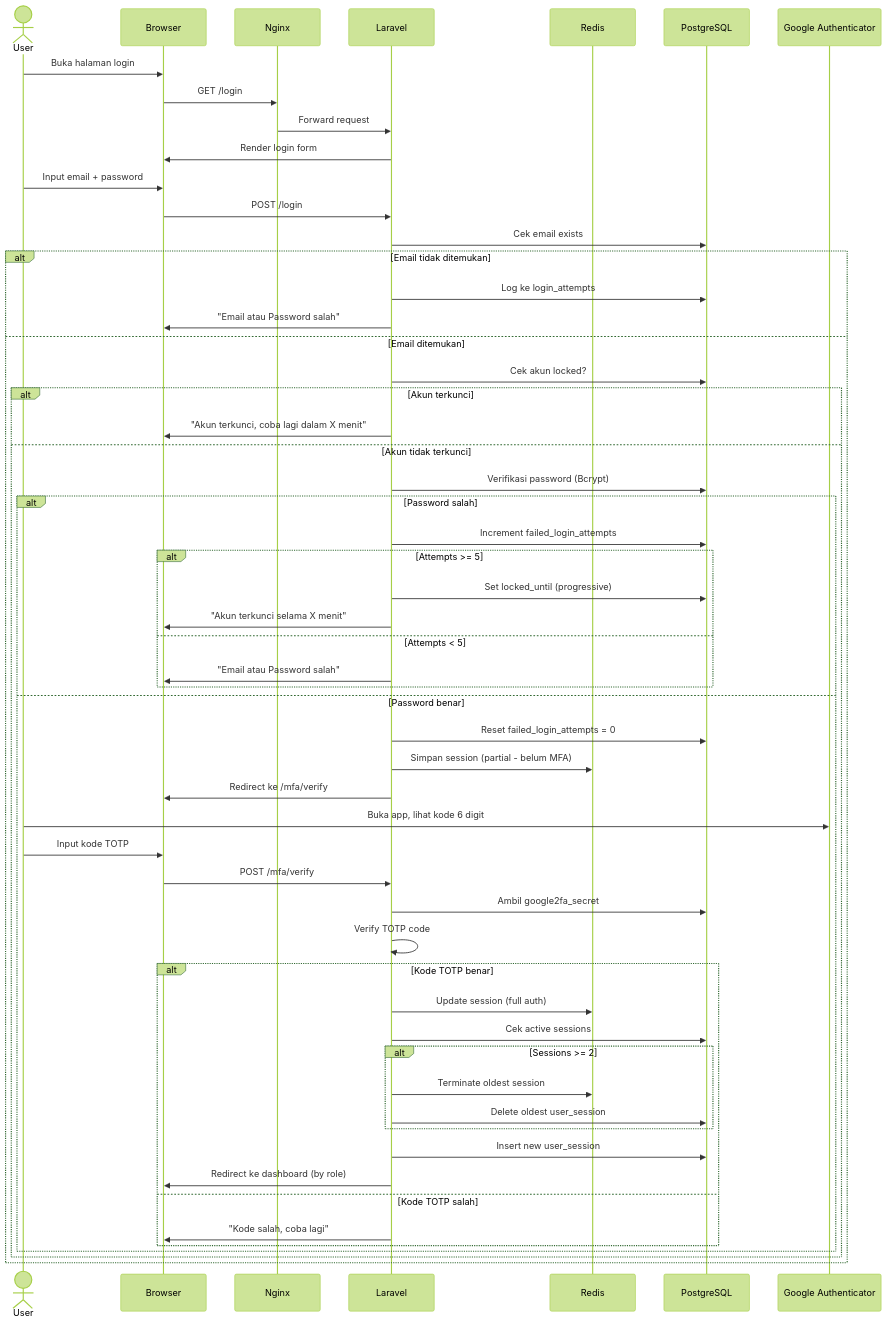
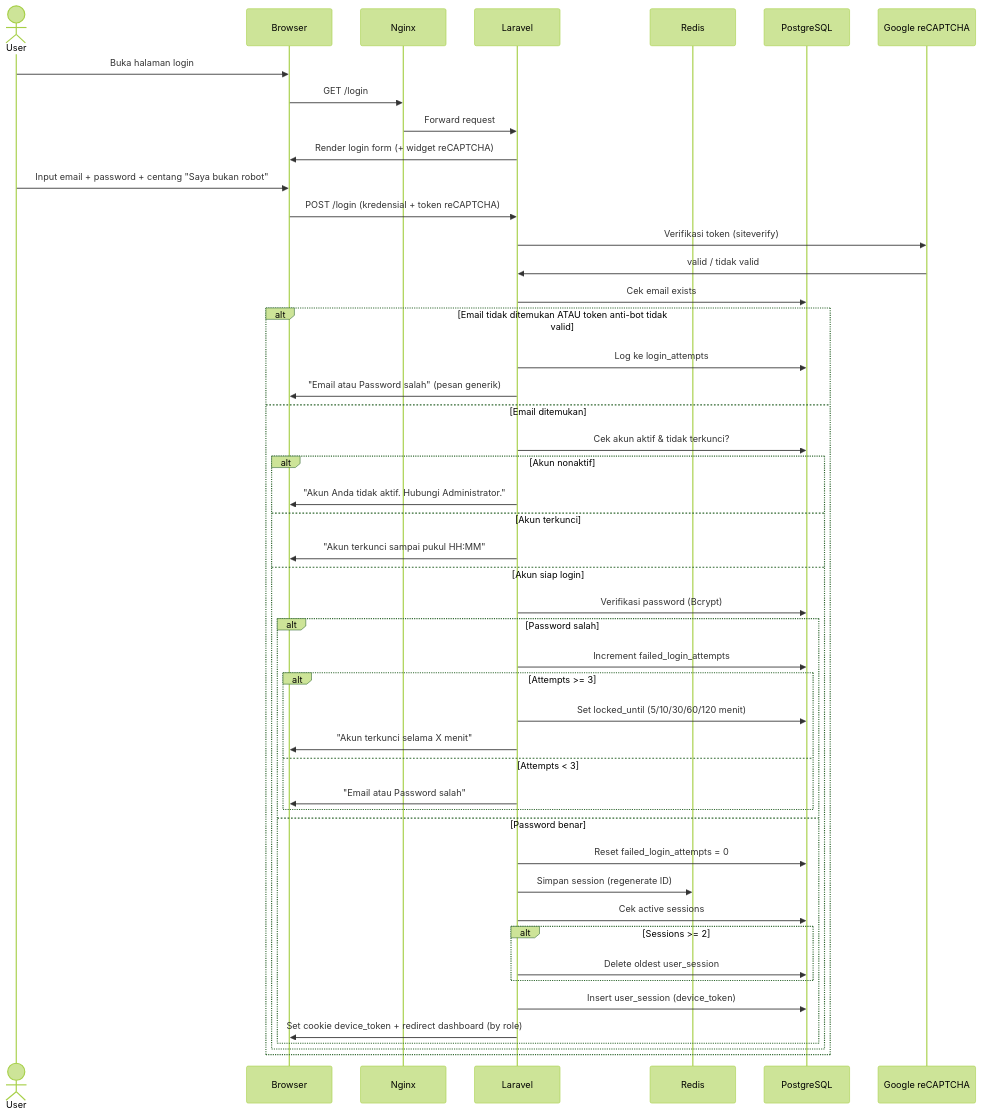
One commit to alfianmutaqin/berger-wms changed the fourth of 7 diagrams in docs/3_system_architecture.md. Above: the diagram before and after it, drawn with Mermaid (forest theme). The commit also changed other lines of this file and 12 other files, not shown here.

First line of the commit message:
chore(auth): remove all MFA/TOTP remnants after PRD v1.2

````diff
--- a/docs/3_system_architecture.md
+++ b/docs/3_system_architecture.md
@@ -244,63 +244,53 @@
 ```mermaid
 sequenceDiagram
     actor User
     participant Browser
     participant Nginx
     participant Laravel
     participant Redis
     participant PostgreSQL
-    participant GA as Google Authenticator
+    participant ReCAPTCHA as Google reCAPTCHA
 
     User->>Browser: Buka halaman login
     Browser->>Nginx: GET /login
     Nginx->>Laravel: Forward request
-    Laravel->>Browser: Render login form
+    Laravel->>Browser: Render login form (+ widget reCAPTCHA)
 
-    User->>Browser: Input email + password
-    Browser->>Laravel: POST /login
+    User->>Browser: Input email + password + centang "Saya bukan robot"
+    Browser->>Laravel: POST /login (kredensial + token reCAPTCHA)
+    Laravel->>ReCAPTCHA: Verifikasi token (siteverify)
+    ReCAPTCHA->>Laravel: valid / tidak valid
     Laravel->>PostgreSQL: Cek email exists
-    
-    alt Email tidak ditemukan
+
+    alt Email tidak ditemukan ATAU token anti-bot tidak valid
         Laravel->>PostgreSQL: Log ke login_attempts
-        Laravel->>Browser: "Email atau Password salah"
+        Laravel->>Browser: "Email atau Password salah" (pesan generik)
     else Email ditemukan
-        Laravel->>PostgreSQL: Cek akun locked?
-        alt Akun terkunci
-            Laravel->>Browser: "Akun terkunci, coba lagi dalam X menit"
-        else Akun tidak terkunci
+        Laravel->>PostgreSQL: Cek akun aktif & tidak terkunci?
+        alt Akun nonaktif
+            Laravel->>Browser: "Akun Anda tidak aktif. Hubungi Administrator."
+        else Akun terkunci
+            Laravel->>Browser: "Akun terkunci sampai pukul HH:MM"
+        else Akun siap login
             Laravel->>PostgreSQL: Verifikasi password (Bcrypt)
             alt Password salah
                 Laravel->>PostgreSQL: Increment failed_login_attempts
-                alt Attempts >= 5
-                    Laravel->>PostgreSQL: Set locked_until (progressive)
+                alt Attempts >= 3
+                    Laravel->>PostgreSQL: Set locked_until (5/10/30/60/120 menit)
                     Laravel->>Browser: "Akun terkunci selama X menit"
-                else Attempts < 5
+                else Attempts < 3
                     Laravel->>Browser: "Email atau Password salah"
                 end
             else Password benar
                 Laravel->>PostgreSQL: Reset failed_login_attempts = 0
-                Laravel->>Redis: Simpan session (partial - belum MFA)
-                Laravel->>Browser: Redirect ke /mfa/verify
-                
-                User->>GA: Buka app, lihat kode 6 digit
-                User->>Browser: Input kode TOTP
-                Browser->>Laravel: POST /mfa/verify
-                Laravel->>PostgreSQL: Ambil google2fa_secret
-                Laravel->>Laravel: Verify TOTP code
-                
-                alt Kode TOTP benar
-                    Laravel->>Redis: Update session (full auth)
-                    Laravel->>PostgreSQL: Cek active sessions
-                    alt Sessions >= 2
-                        Laravel->>Redis: Terminate oldest session
-                        Laravel->>PostgreSQL: Delete oldest user_session
-                    end
-                    Laravel->>PostgreSQL: Insert new user_session
-                    Laravel->>Browser: Redirect ke dashboard (by role)
-                else Kode TOTP salah
-                    Laravel->>Browser: "Kode salah, coba lagi"
+                Laravel->>Redis: Simpan session (regenerate ID)
+                Laravel->>PostgreSQL: Cek active sessions
+                alt Sessions >= 2
+                    Laravel->>PostgreSQL: Delete oldest user_session
                 end
+                Laravel->>PostgreSQL: Insert user_session (device_token)
+                Laravel->>Browser: Set cookie device_token + redirect dashboard (by role)
             end
         end
     end
 ```
````
